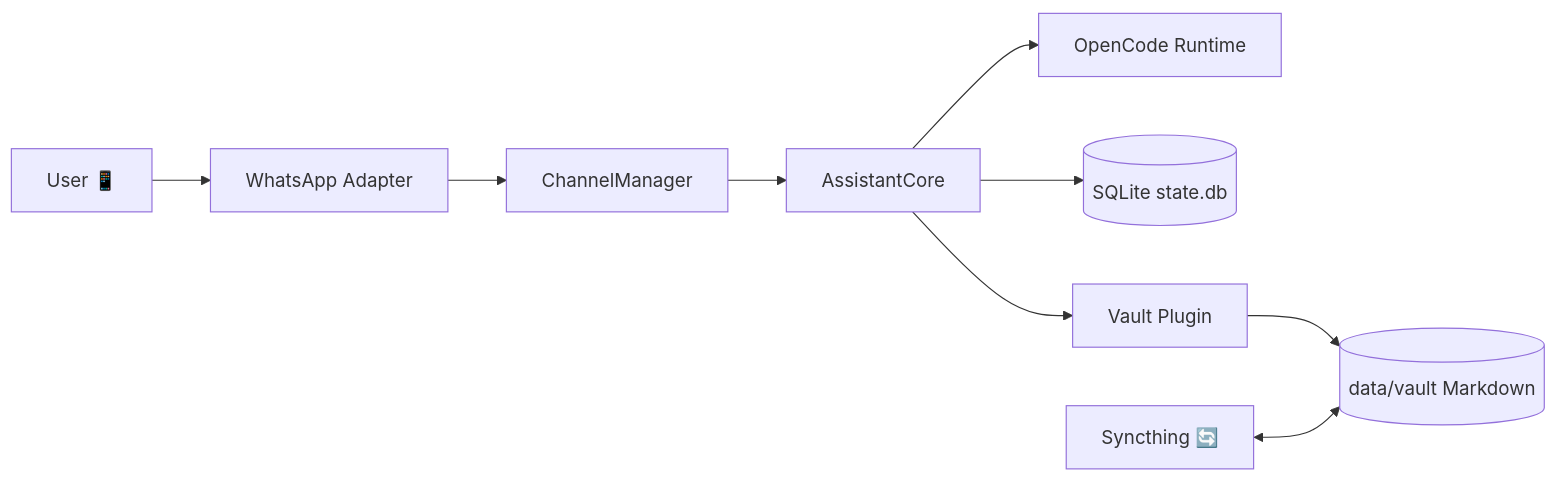
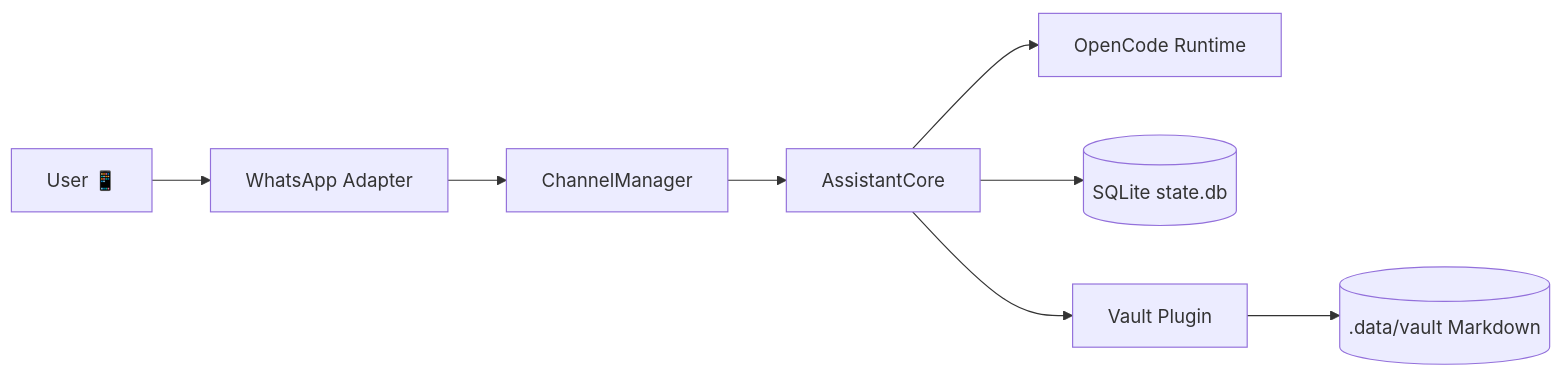
Before and after one commit to alexradunet/pocketbrain: the first of 3 diagrams in docs/architecture/system-overview.md, drawn with Mermaid. The commit also changed other lines of this file and 25 other files, not shown here.

````diff
--- a/docs/architecture/system-overview.md
+++ b/docs/architecture/system-overview.md
@@ -11,11 +11,10 @@
 ```mermaid
 flowchart LR
   User[User 📱] --> WA[WhatsApp Adapter]
   WA --> CM[ChannelManager]
   CM --> AC[AssistantCore]
   AC --> OC[OpenCode Runtime]
   AC --> DB[(SQLite state.db)]
   AC --> VP[Vault Plugin]
-  VP --> Vault[(data/vault Markdown)]
-  Syncthing[Syncthing 🔄] <--> Vault
+  VP --> Vault[(.data/vault Markdown)]
 ```
````
